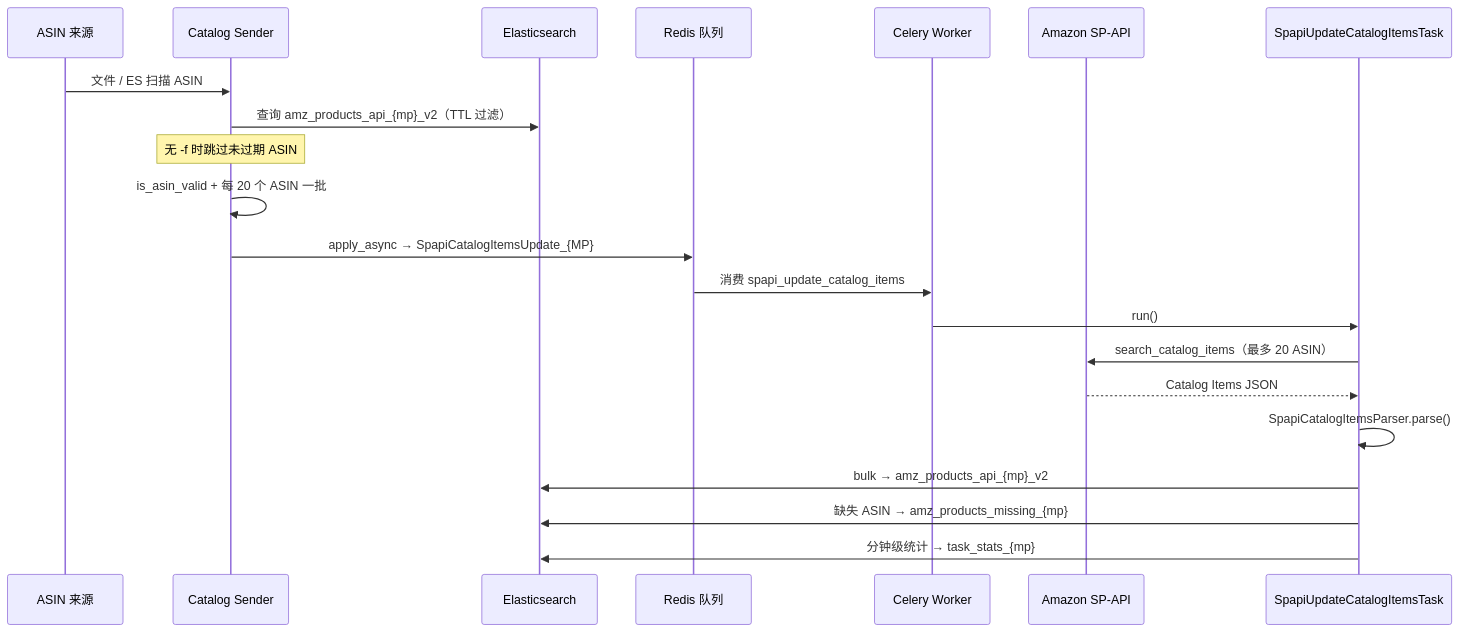
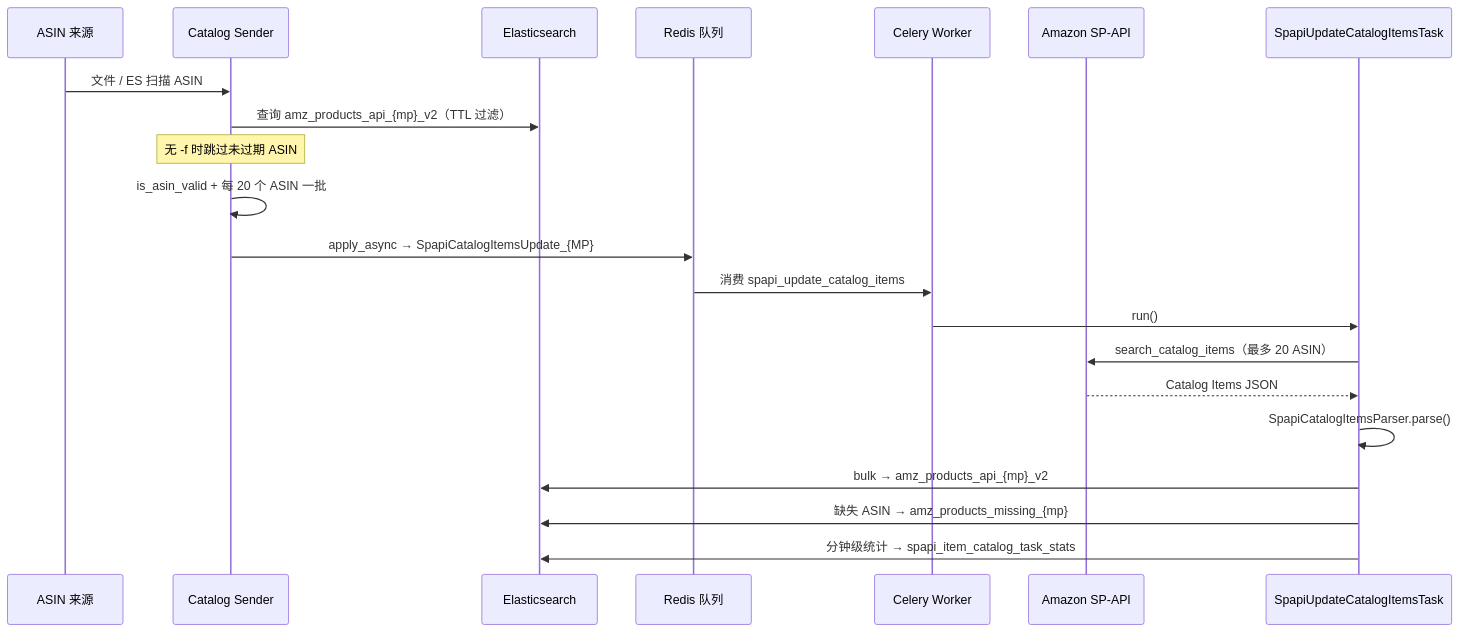
Before and after one commit to AriseshineSky/em-spapi-celery: the third of 9 diagrams in docs/TECHNICAL.md, drawn with Mermaid. The commit also changed other lines of this file and 6 other files, not shown here.

First line of the commit message:
Unify catalog and offer task stats into shared ES indices.

````diff
--- a/docs/TECHNICAL.md
+++ b/docs/TECHNICAL.md
@@ -127,24 +127,24 @@
 ```mermaid
 sequenceDiagram
     participant Src as ASIN 来源
     participant Sender as Catalog Sender
     participant ES as Elasticsearch
     participant Redis as Redis 队列
     participant Worker as Celery Worker
     participant API as Amazon SP-API
     participant Task as SpapiUpdateCatalogItemsTask
 
     Src->>Sender: 文件 / ES 扫描 ASIN
     Sender->>ES: 查询 amz_products_api_{mp}_v2（TTL 过滤）
     Note over Sender: 无 -f 时跳过未过期 ASIN
     Sender->>Sender: is_asin_valid + 每 20 个 ASIN 一批
     Sender->>Redis: apply_async → SpapiCatalogItemsUpdate_{MP}
     Redis->>Worker: 消费 spapi_update_catalog_items
     Worker->>Task: run()
     Task->>API: search_catalog_items（最多 20 ASIN）
     API-->>Task: Catalog Items JSON
     Task->>Task: SpapiCatalogItemsParser.parse()
     Task->>ES: bulk → amz_products_api_{mp}_v2
     Task->>ES: 缺失 ASIN → amz_products_missing_{mp}
-    Task->>ES: 分钟级统计 → task_stats_{mp}
+    Task->>ES: 分钟级统计 → spapi_item_catalog_task_stats
 ```
````
